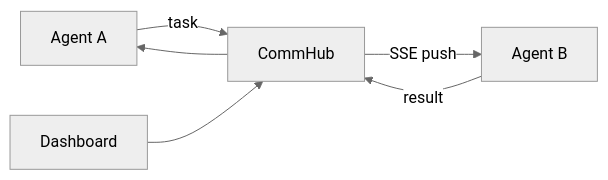
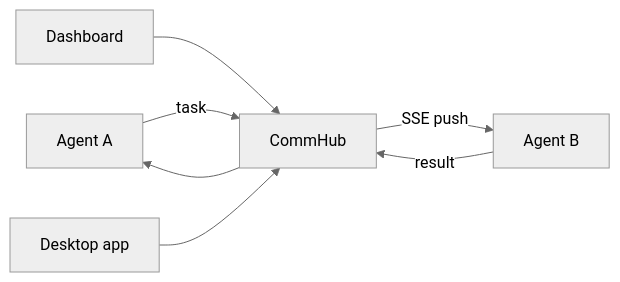
The diagram in docs-site/docs/en/guide/introduction.md (sleep2agi/agent-network), drawn with Mermaid (neutral theme) before and after one commit. The commit also changed other lines of this file and 1 other file, not shown here.

First line of the commit message:
docs(introduction): 架构图加上 Desktop 客户端 —— Vincent 圈图指出的缺口

````diff
--- a/docs-site/docs/en/guide/introduction.md
+++ b/docs-site/docs/en/guide/introduction.md
@@ -7,8 +7,9 @@
 ```mermaid
 flowchart LR
   A[Agent A] -->|task| H[CommHub]
   H -->|SSE push| B[Agent B]
   B -->|result| H
   H --> A
   D[Dashboard] --> H
+  C[Desktop app] --> H
 ```
````
